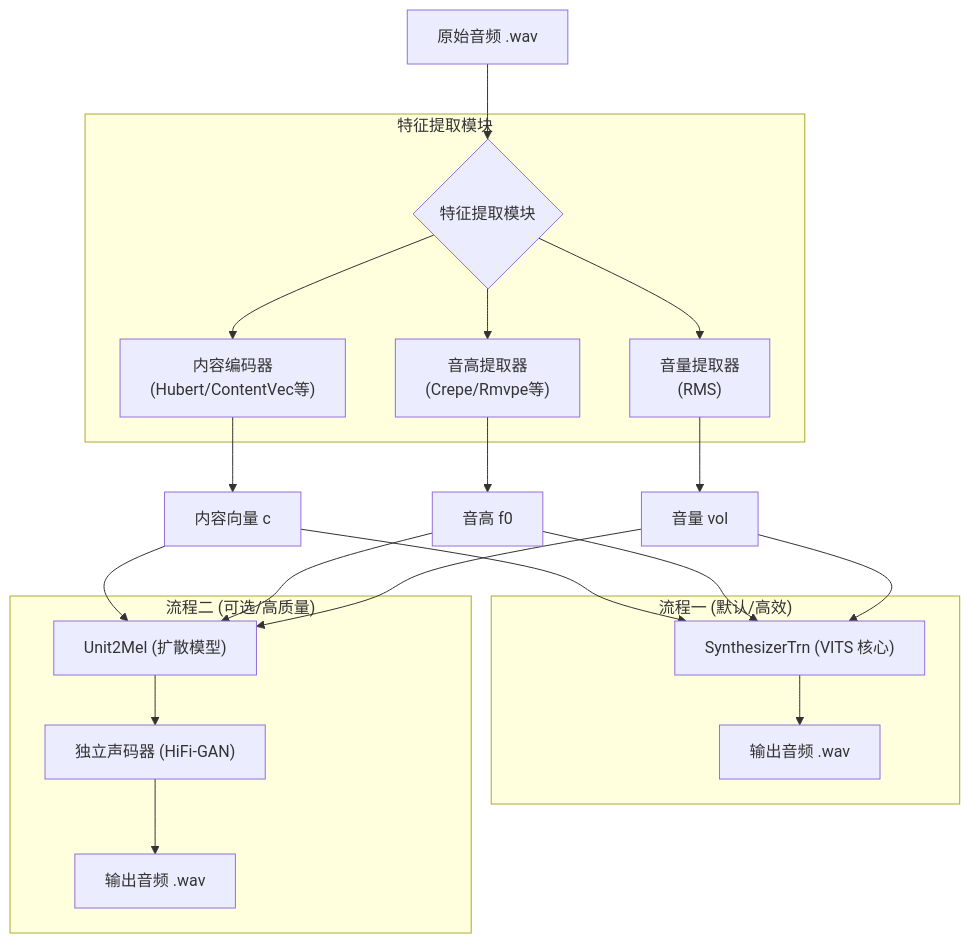
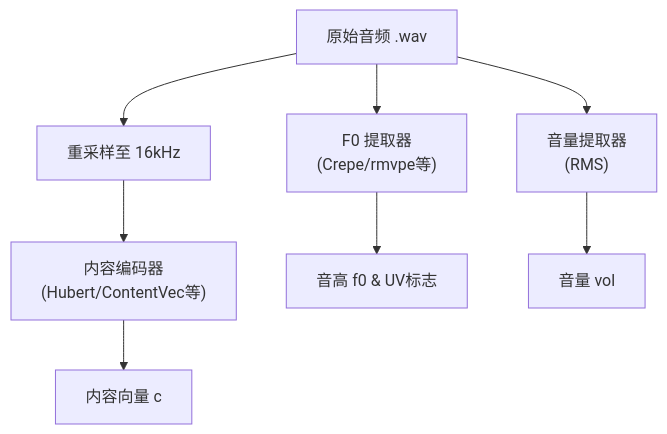
Before and after one commit to liqilun1008/sovitsvrc: the second of 5 diagrams in So-VITS-SVC 4.1 流程图与模型详解.md, drawn with Mermaid. The commit also changed other lines of this file, not shown here.

Commit message:
Update So-VITS-SVC 4.1 流程图与模型详解.md

````diff
--- a/So-VITS-SVC 4.1 流程图与模型详解.md
+++ b/So-VITS-SVC 4.1 流程图与模型详解.md
@@ -15,29 +45,11 @@
 ```mermaid
 graph TD
-    A[原始音频 .wav] --> B{特征提取模块};
-    
-    subgraph 特征提取模块
-        B --> C["内容编码器<br>(Hubert/ContentVec等)"];
-        B --> D["音高提取器<br>(Crepe/Rmvpe等)"];
-        B --> E["音量提取器<br>(RMS)"];
-    end
+    A[原始音频 .wav] --> B[重采样至 16kHz];
+    A --> D["F0 提取器 <br> (Crepe/rmvpe等)"];
+    A --> F["音量提取器 <br> (RMS)"];
 
-    C --> F[内容向量 c];
-    D --> G[音高 f0];
-    E --> H[音量 vol];
-
-    subgraph "流程一 (默认/高效)"
-        I["SynthesizerTrn (VITS 核心)"];
-        I --> J[输出音频 .wav];
-    end
-
-    subgraph "流程二 (可选/高质量)"
-        K["Unit2Mel (扩散模型)"];
-        L["独立声码器 (HiFi-GAN)"];
-        K --> L;
-        L --> M[输出音频 .wav];
-    end
-    
-    F & G & H --> I;
-    F & G & H --> K;
+    B --> C["内容编码器 <br> (Hubert/ContentVec等)"];
+    C --> E[内容向量 c];
+    D --> G[音高 f0 & UV标志];
+    F --> H[音量 vol];
 ```
````
